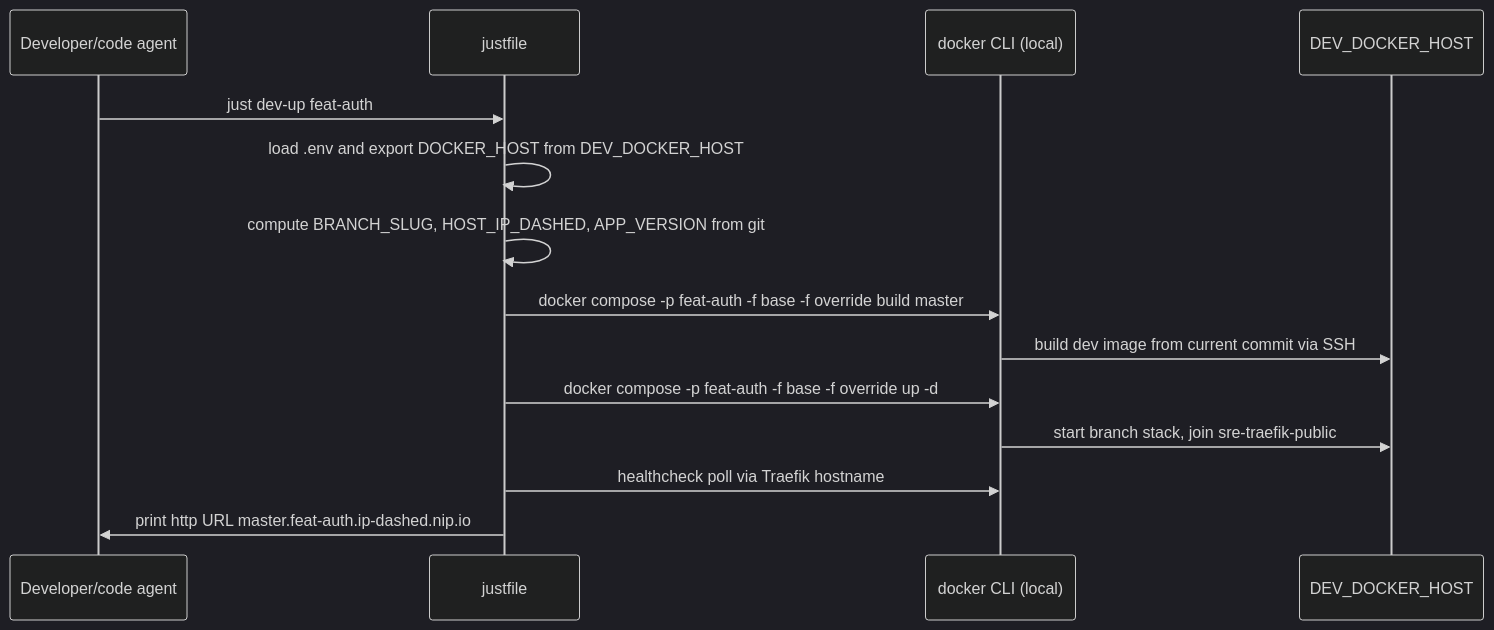
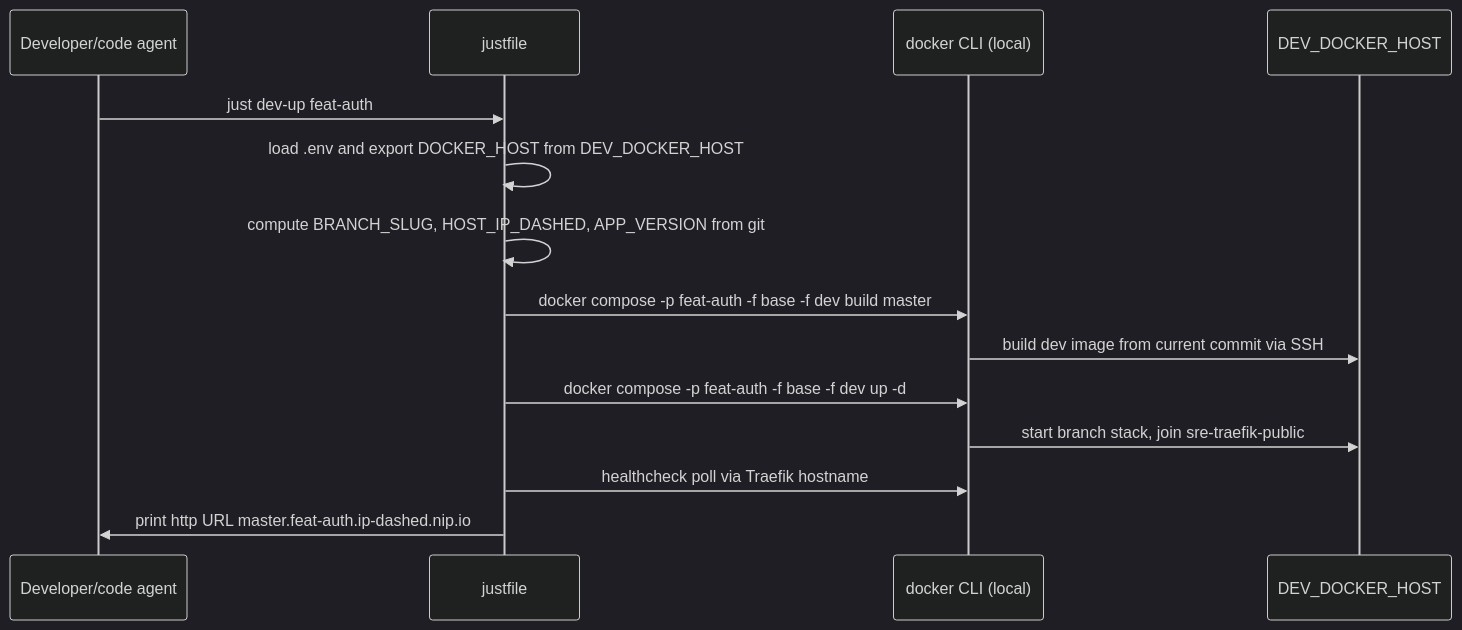
The first of 2 diagrams in docs/design/justfile-dotenv-deploy.md (pandazxx/codex-slack), drawn with Mermaid (dark theme) before and after one commit. The commit also changed other lines of this file and 1 other file, not shown here.

Commit message:
docs(design): adopt neutral-base compose layout with one additive overlay per shape

````diff
--- a/docs/design/justfile-dotenv-deploy.md
+++ b/docs/design/justfile-dotenv-deploy.md
@@ -423,17 +447,17 @@
 ```mermaid
 sequenceDiagram
     participant U as Developer/code agent
     participant J as justfile
     participant D as docker CLI (local)
     participant H as DEV_DOCKER_HOST
 
     U->>J: just dev-up feat-auth
     J->>J: load .env and export DOCKER_HOST from DEV_DOCKER_HOST
     J->>J: compute BRANCH_SLUG, HOST_IP_DASHED, APP_VERSION from git
-    J->>D: docker compose -p feat-auth -f base -f override build master
+    J->>D: docker compose -p feat-auth -f base -f dev build master
     D->>H: build dev image from current commit via SSH
-    J->>D: docker compose -p feat-auth -f base -f override up -d
+    J->>D: docker compose -p feat-auth -f base -f dev up -d
     D->>H: start branch stack, join sre-traefik-public
     J->>D: healthcheck poll via Traefik hostname
     J->>U: print http URL master.feat-auth.ip-dashed.nip.io
 ```
````
